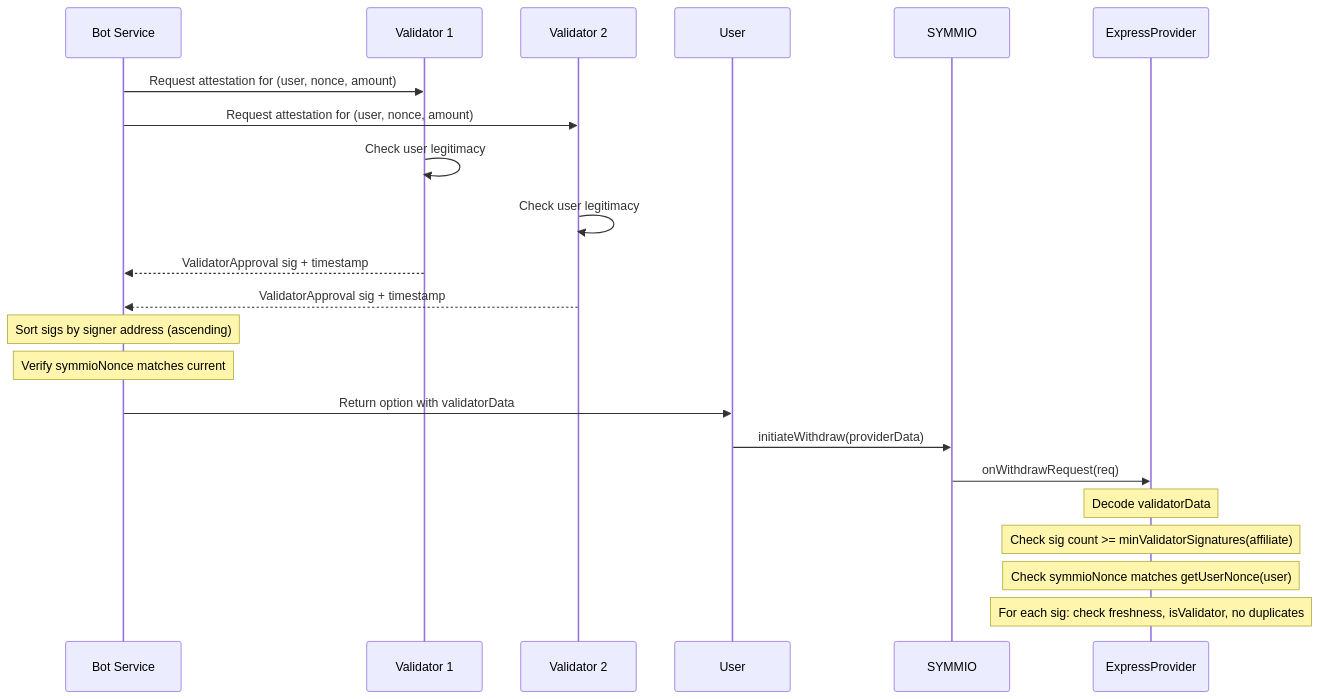
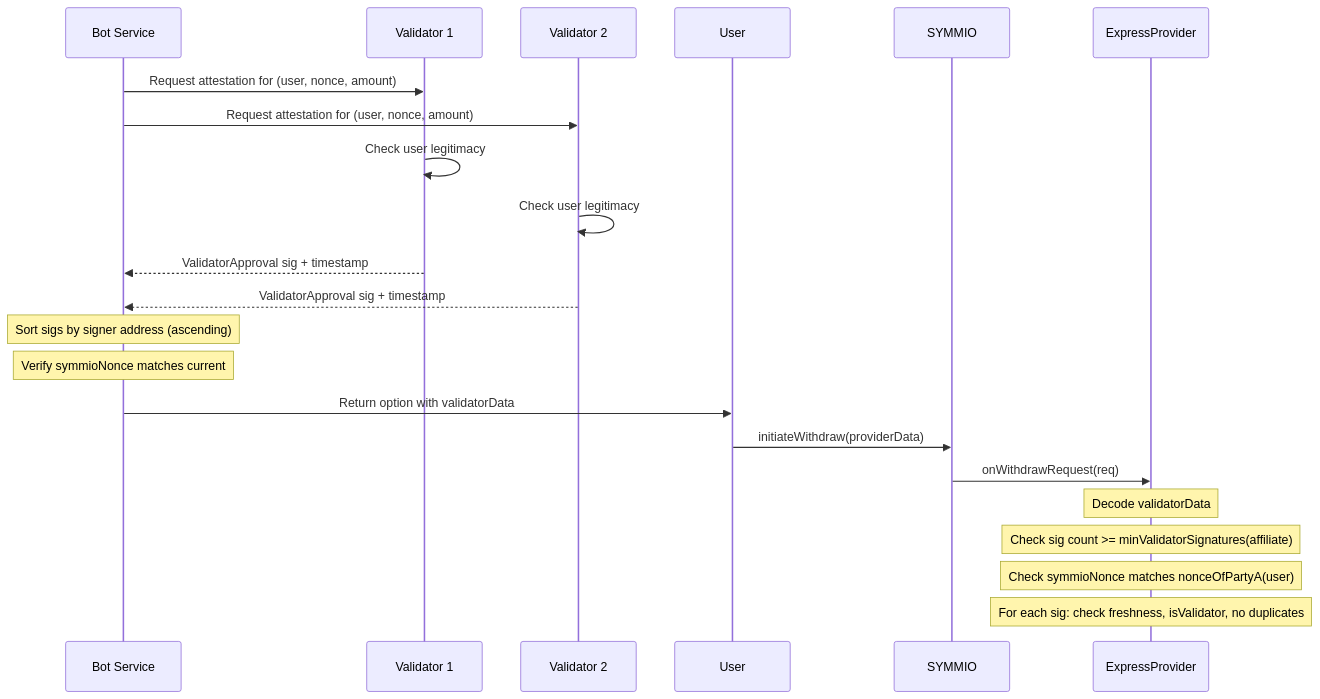
Diagram 17 of 30 in docs/v0.8.6/express-bot-operations-checklist.md (SYMM-IO/perps-core), drawn with Mermaid before and after one commit. The commit also changed other lines of this file and 9 other files, not shown here.

````diff
--- a/docs/v0.8.6/express-bot-operations-checklist.md
+++ b/docs/v0.8.6/express-bot-operations-checklist.md
@@ -2105,28 +2105,28 @@
 ```mermaid
 sequenceDiagram
     participant Bot as Bot Service
     participant V1 as Validator 1
     participant V2 as Validator 2
     participant U as User
     participant S as SYMMIO
     participant EP as ExpressProvider
 
     Bot->>V1: Request attestation for (user, nonce, amount)
     Bot->>V2: Request attestation for (user, nonce, amount)
     V1->>V1: Check user legitimacy
     V2->>V2: Check user legitimacy
     V1-->>Bot: ValidatorApproval sig + timestamp
     V2-->>Bot: ValidatorApproval sig + timestamp
 
     Note over Bot: Sort sigs by signer address (ascending)
     Note over Bot: Verify symmioNonce matches current
 
     Bot->>U: Return option with validatorData
     U->>S: initiateWithdraw(providerData)
     S->>EP: onWithdrawRequest(req)
 
     Note over EP: Decode validatorData
     Note over EP: Check sig count >= minValidatorSignatures(affiliate)
-    Note over EP: Check symmioNonce matches getUserNonce(user)
+    Note over EP: Check symmioNonce matches nonceOfPartyA(user)
     Note over EP: For each sig: check freshness, isValidator, no duplicates
 ```
````
